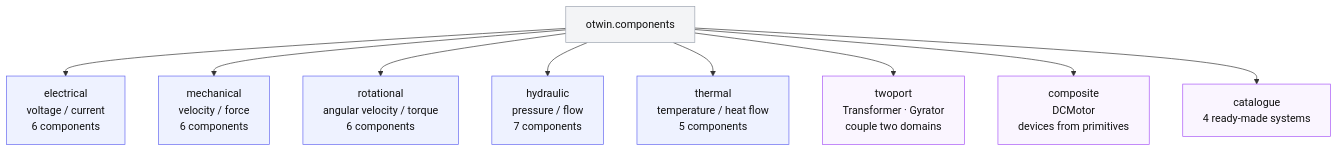
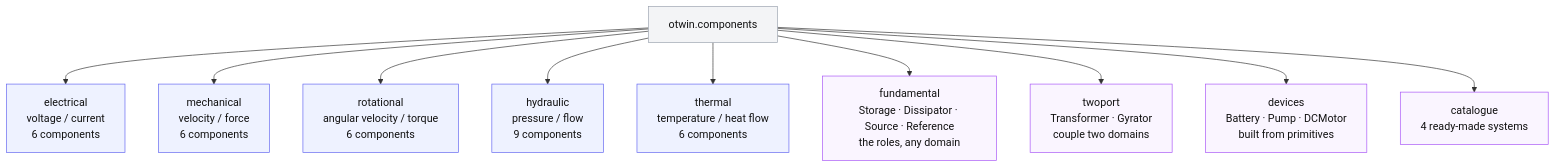
One commit to otwin-core/otwin changed the first of 11 diagrams in COMPONENTS.md. Above: the diagram before and after it, drawn with Mermaid. The commit also changed other lines of this file and 57 other files, not shown here.

````diff
--- a/COMPONENTS.md
+++ b/COMPONENTS.md
@@ -7,19 +7,20 @@
 ```mermaid
 flowchart TB
     classDef pkg fill:#f3f4f6,color:#111,stroke:#9ca3af
     classDef dom fill:#eef2ff,color:#111,stroke:#6366f1
     classDef x fill:#faf5ff,color:#111,stroke:#a855f7
  
     PKG["otwin.components"]:::pkg
     E["electrical<br/>voltage / current<br/>6 components"]:::dom
     M["mechanical<br/>velocity / force<br/>6 components"]:::dom
     R["rotational<br/>angular velocity / torque<br/>6 components"]:::dom
-    H["hydraulic<br/>pressure / flow<br/>7 components"]:::dom
-    T["thermal<br/>temperature / heat flow<br/>5 components"]:::dom
+    H["hydraulic<br/>pressure / flow<br/>9 components"]:::dom
+    T["thermal<br/>temperature / heat flow<br/>6 components"]:::dom
+    F["fundamental<br/>Storage · Dissipator · Source · Reference<br/>the roles, any domain"]:::x
     TP["twoport<br/>Transformer · Gyrator<br/>couple two domains"]:::x
-    CO["composite<br/>DCMotor<br/>devices from primitives"]:::x
+    CO["devices<br/>Battery · Pump · DCMotor<br/>built from primitives"]:::x
     CA["catalogue<br/>4 ready-made systems"]:::x
  
     PKG --> E & M & R & H & T
-    PKG --> TP & CO & CA
+    PKG --> F & TP & CO & CA
 ```
````
